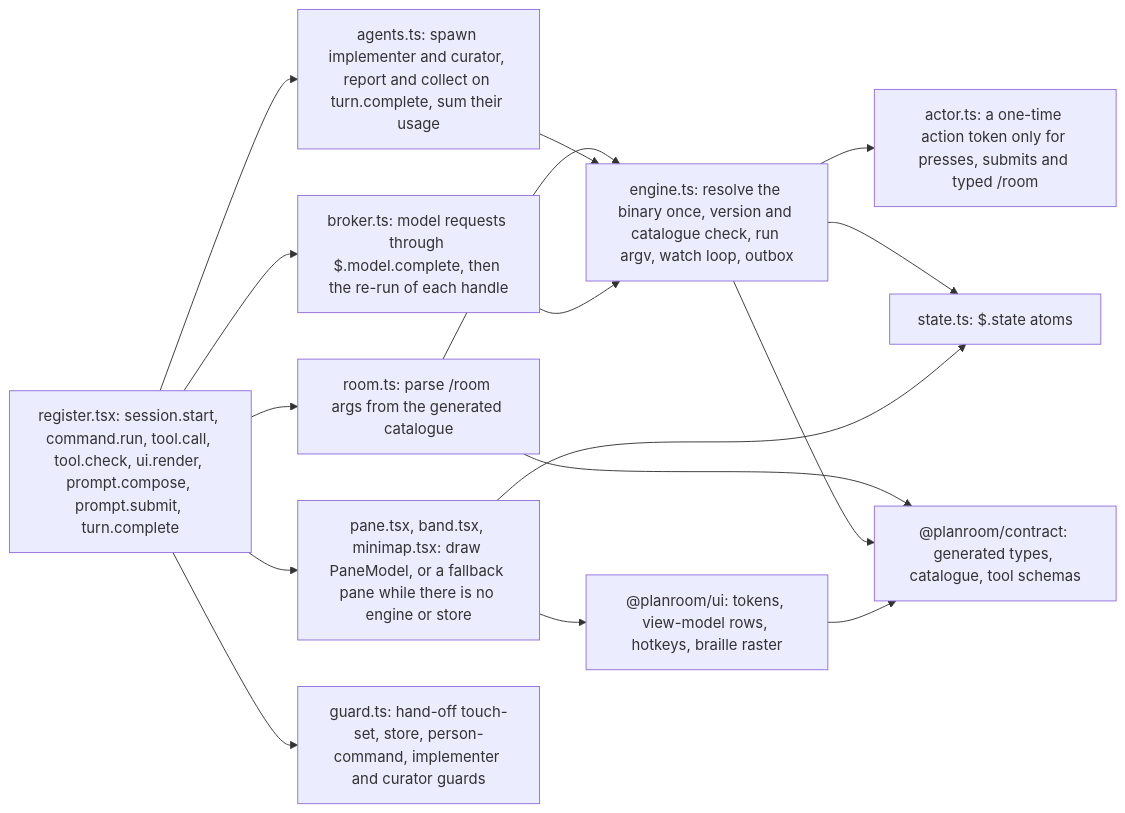
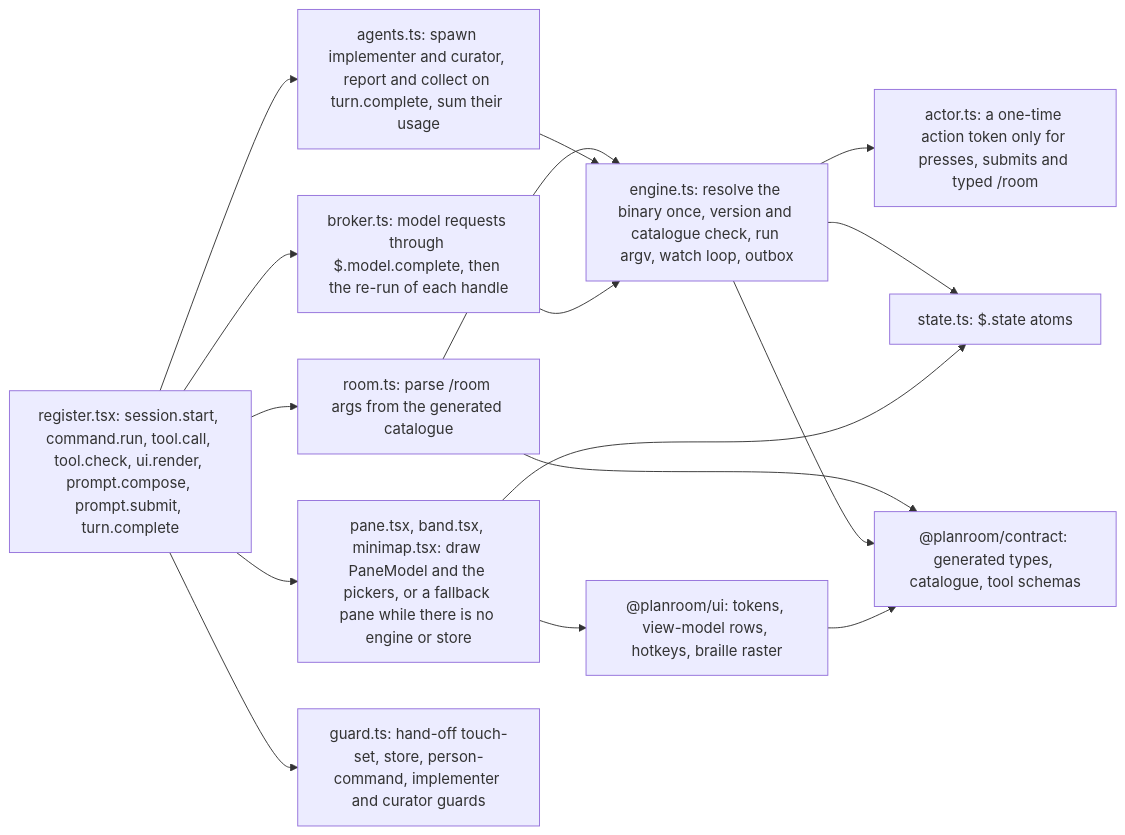
Before and after one commit to doodla/planroom: the fourth of 7 diagrams in docs/contributing/architecture.md, drawn with Mermaid. The commit also changed other lines of this file and 11 other files, not shown here.

First line of the commit message:
Close Phase 3: architecture review rounds 1 to 3, accepted risks signed off

````diff
--- a/docs/contributing/architecture.md
+++ b/docs/contributing/architecture.md
@@ -206,29 +206,29 @@
 ```mermaid
 flowchart LR
   reg["register.tsx: session.start, command.run, tool.call, tool.check, ui.render, prompt.compose, prompt.submit, turn.complete"]
   eng["engine.ts: resolve the binary once, version and catalogue check, run argv, watch loop, outbox"]
   actor["actor.ts: a one-time action token only for presses, submits and typed /room"]
   broker["broker.ts: model requests through $.model.complete, then the re-run of each handle"]
   room["room.ts: parse /room args from the generated catalogue"]
-  views["pane.tsx, band.tsx, minimap.tsx: draw PaneModel, or a fallback pane while there is no engine or store"]
+  views["pane.tsx, band.tsx, minimap.tsx: draw PaneModel and the pickers, or a fallback pane while there is no engine or store"]
   agents["agents.ts: spawn implementer and curator, report and collect on turn.complete, sum their usage"]
   guard["guard.ts: hand-off touch-set, store, person-command, implementer and curator guards"]
   state["state.ts: $.state atoms"]
   ui["@planroom/ui: tokens, view-model rows, hotkeys, braille raster"]
   gen["@planroom/contract: generated types, catalogue, tool schemas"]
   reg --> room
   reg --> views
   reg --> agents
   reg --> guard
   reg --> broker
   room --> eng
   agents --> eng
   broker --> eng
   eng --> actor
   eng --> state
   views --> state
   views --> ui
   room --> gen
   eng --> gen
   ui --> gen
 ```
````
